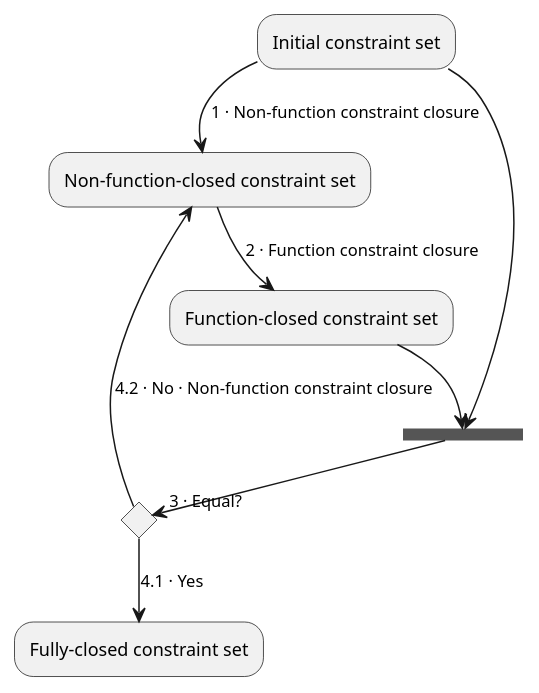
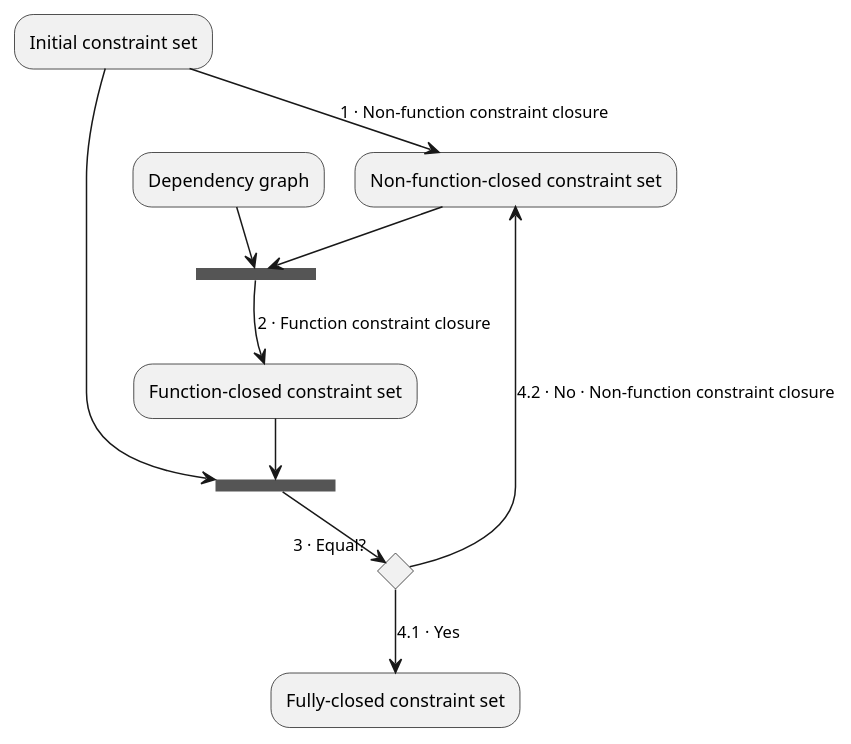
The third of 3 diagrams in docs/implementation-notes.org (JHU-PL-Lab/whayrf), drawn with PlantUML before and after one commit. The commit also changed 1 other file, not shown here.

Commit message:
Fix function closure

```diff
--- a/docs/implementation-notes.org
+++ b/docs/implementation-notes.org
@@ -47,11 +47,13 @@
    #+BEGIN_SRC plantuml :file images/full-constraint-closure.png :exports results
      "Initial constraint set" -->[1 · Non-function constraint closure] "Non-function-closed constraint set"
+     --> ===function_constraint_closure===
+     "Dependency graph" --> ===function_constraint_closure===
      -->[2 · Function constraint closure] "Function-closed constraint set"
      --> ===equal===
      "Initial constraint set" --> ===equal===
      if "3 · Equal?" then
        -->[4.1 · Yes] "Fully-closed constraint set"
      else
        -->[4.2 · No · Non-function constraint closure] "Non-function-closed constraint set"
      endif
    #+END_SRC
```
